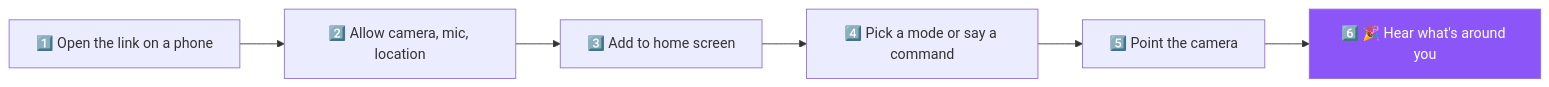
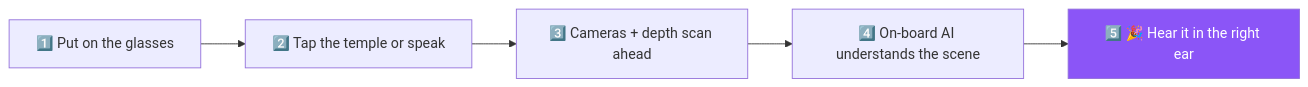
Before and after one commit to TanishAggarwall/eyedentify-dashboard: the second of 2 diagrams in README.md, drawn with Mermaid. The commit also changed other lines of this file and 4 other files, not shown here.

````diff
--- a/README.md
+++ b/README.md
@@ -232,6 +247,6 @@
 ```mermaid
 flowchart LR
-    A[1️⃣ Open the link on a phone] --> B[2️⃣ Allow camera, mic, location] --> C[3️⃣ Add to home screen] --> D[4️⃣ Pick a mode or say a command] --> E[5️⃣ Point the camera] --> F[6️⃣ 🎉 Hear what's around you]
+    A[1️⃣ Put on the glasses] --> B[2️⃣ Tap the temple or speak] --> C[3️⃣ Cameras + depth scan ahead] --> D[4️⃣ On-board AI understands the scene] --> E[5️⃣ 🎉 Hear it in the right ear]
 
-    style F fill:#8b55f7,color:#fff
+    style E fill:#8b55f7,color:#fff
 ```
````
